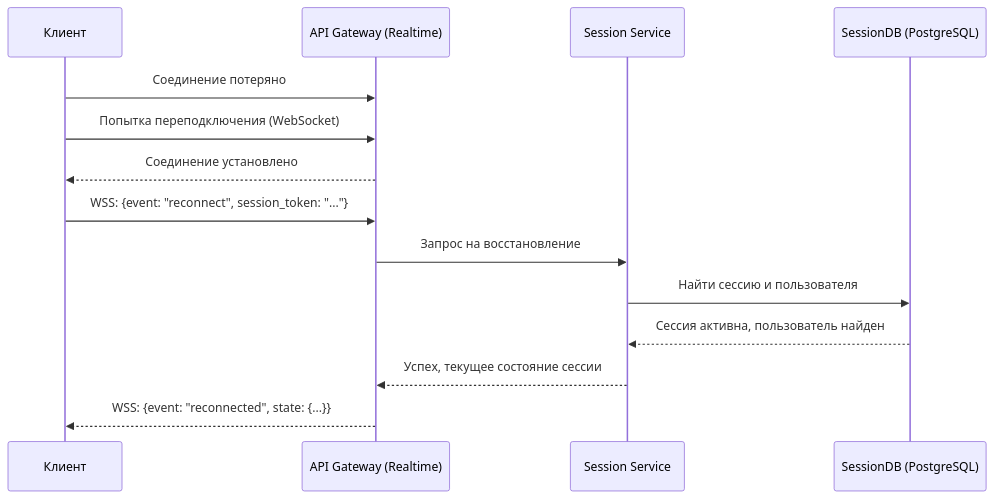
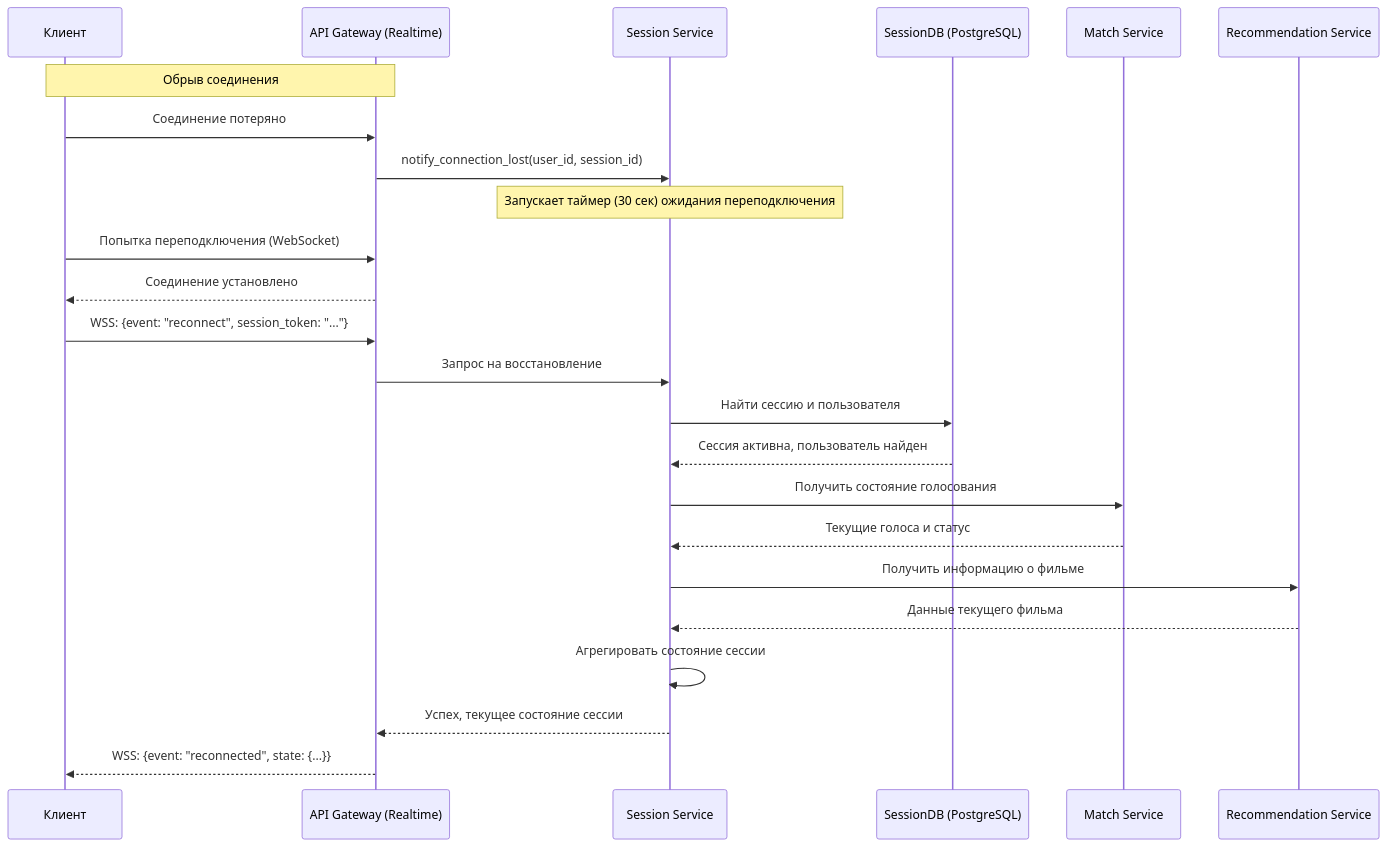
Before and after one commit to spbu-ds-practicum-2025/dodep: the sixth of 6 diagrams in docs/tr.md, drawn with Mermaid. The commit also changed other lines of this file, not shown here.

````diff
--- a/docs/tr.md
+++ b/docs/tr.md
@@ -293,17 +301,33 @@
 ```mermaid
 sequenceDiagram
   participant Client as Клиент
   participant Gateway as API Gateway (Realtime)
   participant SessionSvc as Session Service
   participant SessionDB as SessionDB (PostgreSQL)
+  participant MatchSvc as Match Service
+  participant RecoSvc as Recommendation Service
 
+  Note over Client, Gateway: Обрыв соединения
   Client->>Gateway: Соединение потеряно
+  Gateway->>SessionSvc: notify_connection_lost(user_id, session_id)
+  
+  Note over SessionSvc: Запускает таймер (30 сек) ожидания переподключения
+
   Client->>Gateway: Попытка переподключения (WebSocket)
   Gateway-->>Client: Соединение установлено
   Client->>Gateway: WSS: {event: "reconnect", session_token: "..."}
+
   Gateway->>SessionSvc: Запрос на восстановление
   SessionSvc->>SessionDB: Найти сессию и пользователя
   SessionDB-->>SessionSvc: Сессия активна, пользователь найден
+
+  SessionSvc->>MatchSvc: Получить состояние голосования
+  MatchSvc-->>SessionSvc: Текущие голоса и статус
+  
+  SessionSvc->>RecoSvc: Получить информацию о фильме
+  RecoSvc-->>SessionSvc: Данные текущего фильма
+  
+  SessionSvc->>SessionSvc: Агрегировать состояние сессии
   SessionSvc-->>Gateway: Успех, текущее состояние сессии
   Gateway-->>Client: WSS: {event: "reconnected", state: {...}}
 ```
````
